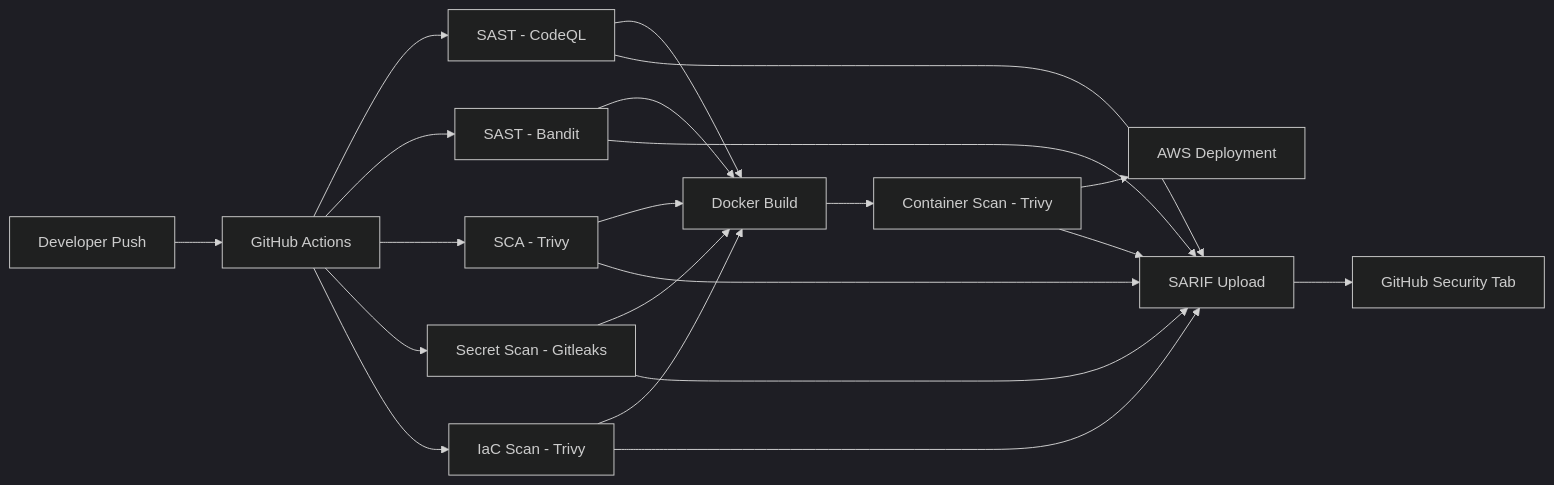
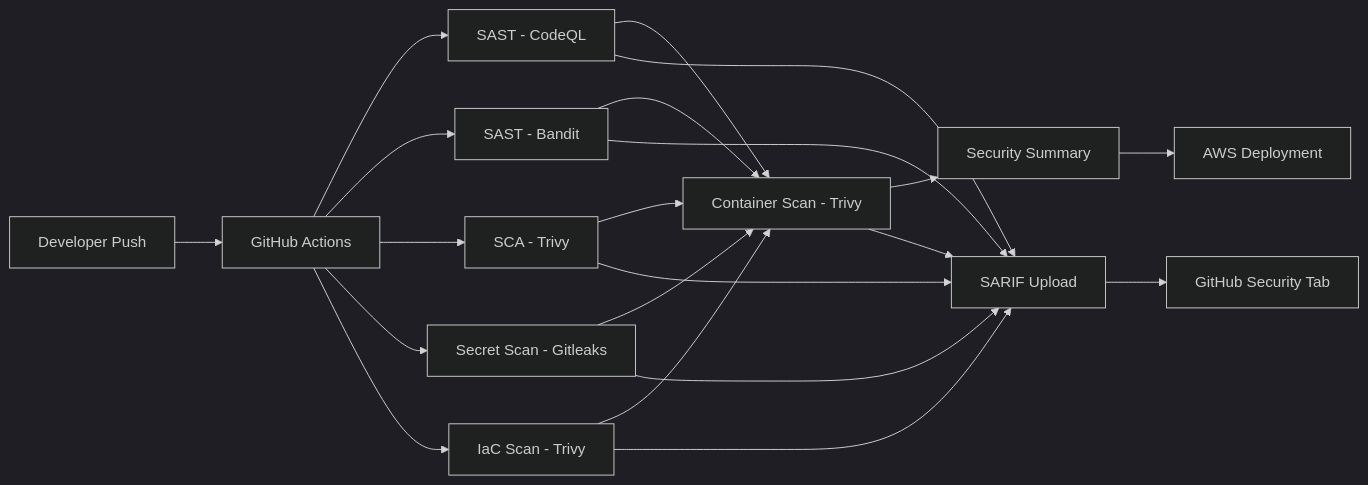
One commit to AurelienKumarathas/devsecops-pipeline-project-1 changed the diagram in README.md. Above: the diagram before and after it, drawn with Mermaid (dark theme). The commit also changed other lines of this file and 1 other file, not shown here.

Commit message:
docs: add Bandit section to REMEDIATION.md and fix README architecture diagram
REMEDIATION.md:
- Add Section 3: Bandit-Specific Findings covering B104 nosec rationale,
  the accepted-risk pattern, and how it differs from the || true suppression
  that was removed. Ties the nosec annotation in remediated_app.py back to
  a documented decision so an interviewer reading the file sees the full chain.

README.md:
- Add security-summary node to Mermaid diagram - it was missing from the
  graph despite the job existing in the pipeline.
- Add SARIF upload edges from container-scanning to the Security tab node.
- Minor: diagram now accurately reflects the live pipeline topology.

````diff
--- a/README.md
+++ b/README.md
@@ -101,23 +101,23 @@
 ```mermaid
 graph LR
     A[Developer Push] --> B[GitHub Actions]
     B --> C[SAST - CodeQL]
-    B --> CB[SAST - Bandit]
-    B --> D[SCA - Trivy]
-    B --> E[Secret Scan - Gitleaks]
-    B --> F[IaC Scan - Trivy]
-    C --> G[Docker Build]
-    CB --> G
-    D --> G
-    E --> G
-    F --> G
-    G --> H[Container Scan - Trivy]
-    H --> I[AWS Deployment]
-    C --> J[SARIF Upload]
-    CB --> J
-    D --> J
-    E --> J
-    F --> J
-    H --> J
-    J --> K[GitHub Security Tab]
+    B --> D[SAST - Bandit]
+    B --> E[SCA - Trivy]
+    B --> F[Secret Scan - Gitleaks]
+    B --> G[IaC Scan - Trivy]
+    C --> H[Container Scan - Trivy]
+    D --> H
+    E --> H
+    F --> H
+    G --> H
+    H --> I[Security Summary]
+    I --> J[AWS Deployment]
+    C --> K[SARIF Upload]
+    D --> K
+    E --> K
+    F --> K
+    G --> K
+    H --> K
+    K --> L[GitHub Security Tab]
 ```
````
